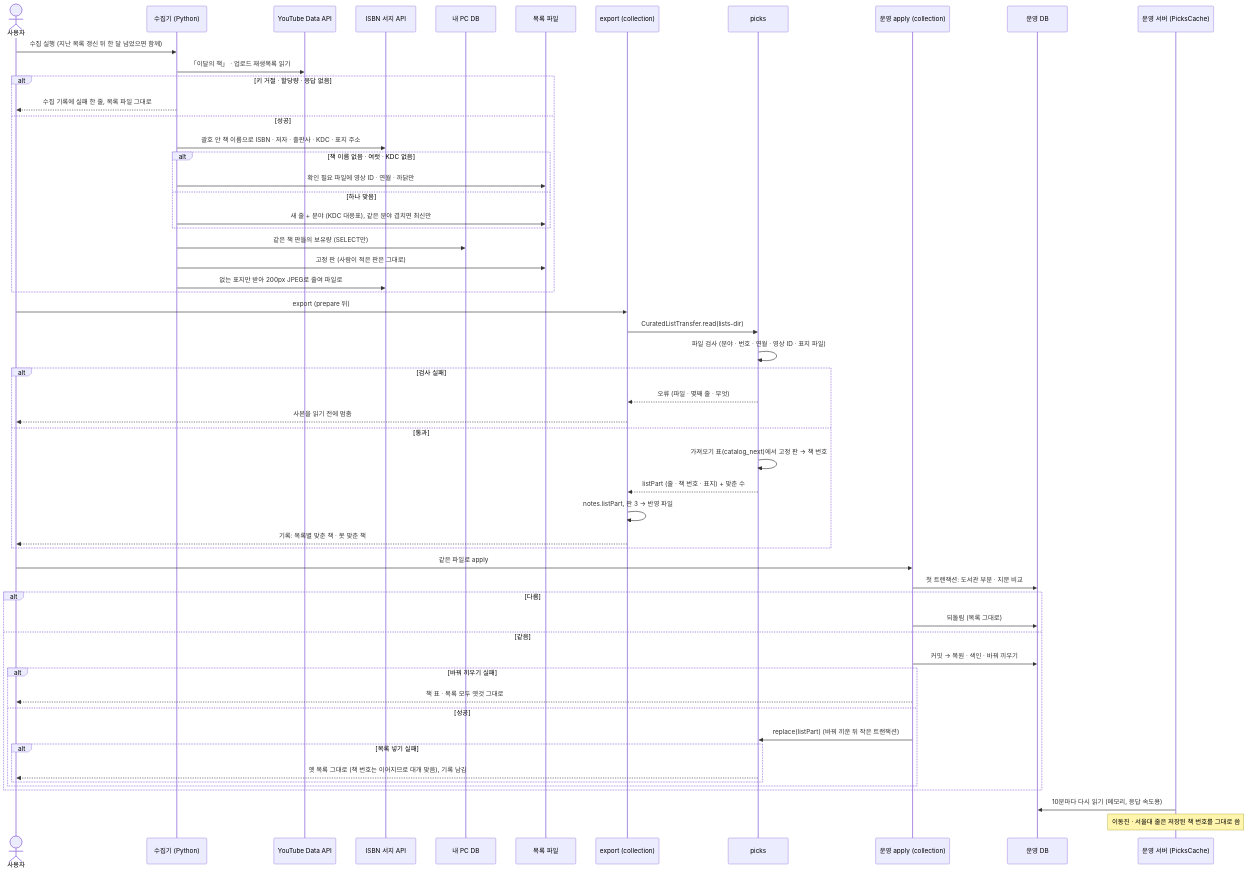
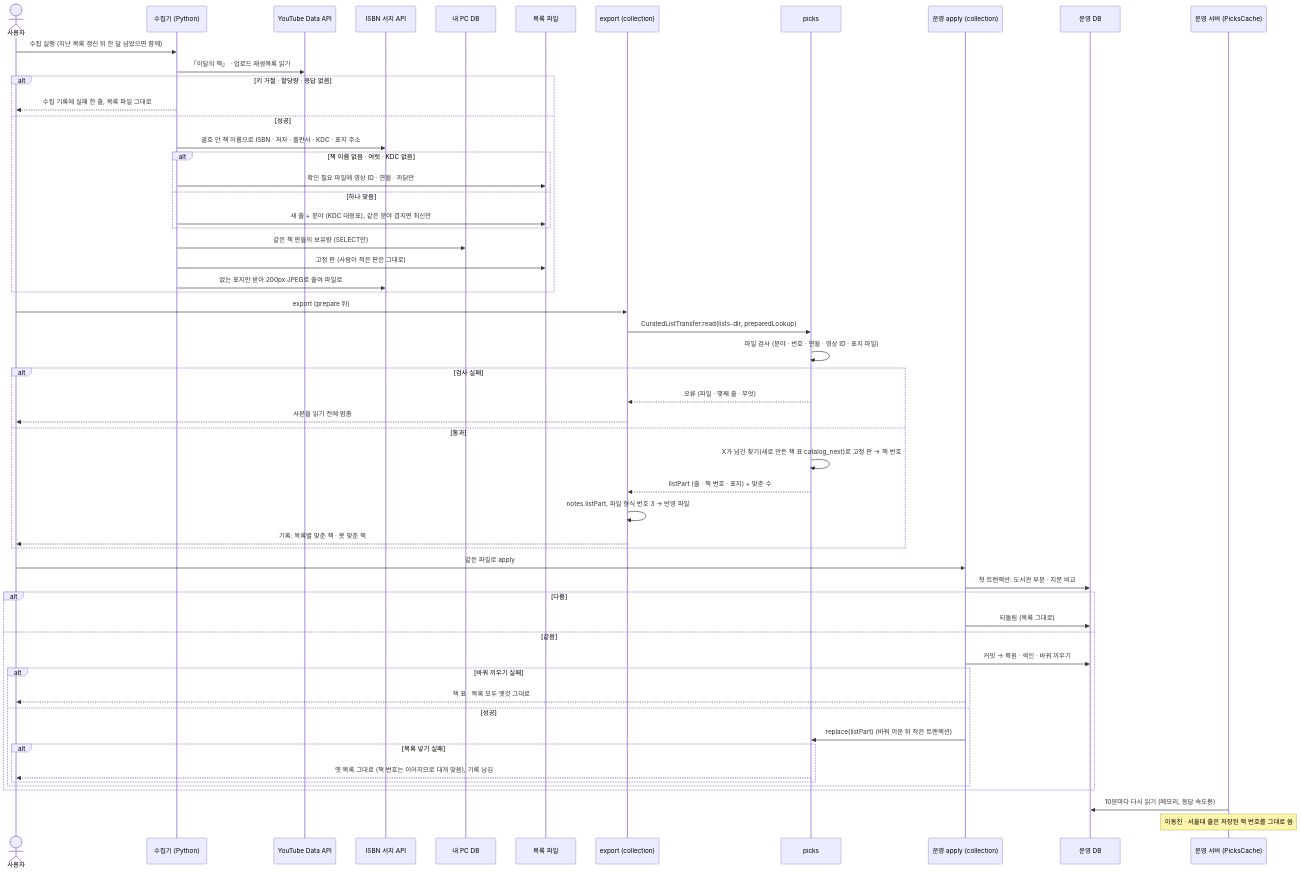
Before and after one commit to hodu-sketch/chaekcheck-plan: the second of 7 diagrams in docs/cycles/21-recommended-books/design-delta.md, drawn with Mermaid. The commit also changed other lines of this file, not shown here.

Commit message:
cycle 21: review 3 #1 (catalog title/publisher fields, lookup passed in, migration order, first list files) and #2 (format number mismatch rejected, missing lists folder stops export)

````diff
--- a/docs/cycles/21-recommended-books/design-delta.md
+++ b/docs/cycles/21-recommended-books/design-delta.md
@@ -57,58 +58,58 @@
 ```mermaid
 sequenceDiagram
   actor U as 사용자
   participant C as 수집기 (Python)
   participant YT as YouTube Data API
   participant NI as ISBN 서지 API
   participant PDB as 내 PC DB
   participant F as 목록 파일
   participant X as export (collection)
   participant PK as picks
   participant O as 운영 apply (collection)
   participant ODB as 운영 DB
   participant S as 운영 서버 (PicksCache)
   U->>C: 수집 실행 (지난 목록 갱신 뒤 한 달 넘었으면 함께)
   C->>YT: 「이달의 책」 · 업로드 재생목록 읽기
   alt 키 거절 · 할당량 · 응답 없음
     C-->>U: 수집 기록에 실패 한 줄, 목록 파일 그대로
   else 성공
     C->>NI: 괄호 안 책 이름으로 ISBN · 저자 · 출판사 · KDC · 표지 주소
     alt 책 이름 없음 · 여럿 · KDC 없음
       C->>F: 확인 필요 파일에 영상 ID · 연월 · 까닭만
     else 하나 맞음
       C->>F: 새 줄 + 분야 (KDC 대응표), 같은 분야 겹치면 최신만
     end
     C->>PDB: 같은 책 판들의 보유량 (SELECT만)
     C->>F: 고정 판 (사람이 적은 판은 그대로)
     C->>NI: 없는 표지만 받아 200px JPEG로 줄여 파일로
   end
   U->>X: export (prepare 뒤)
-  X->>PK: CuratedListTransfer.read(lists-dir)
+  X->>PK: CuratedListTransfer.read(lists-dir, preparedLookup)
   PK->>PK: 파일 검사 (분야 · 번호 · 연월 · 영상 ID · 표지 파일)
   alt 검사 실패
     PK-->>X: 오류 (파일 · 몇째 줄 · 무엇)
     X-->>U: 사본을 읽기 전에 멈춤
   else 통과
-    PK->>PK: 가져오기 표(catalog_next)에서 고정 판 → 책 번호
+    PK->>PK: X가 넘긴 찾기(새로 만든 책 표 catalog_next)로 고정 판 → 책 번호
     PK-->>X: listPart (줄 · 책 번호 · 표지) + 맞춘 수
-    X->>X: notes.listPart, 판 3 → 반영 파일
+    X->>X: notes.listPart, 파일 형식 번호 3 → 반영 파일
     X-->>U: 기록: 목록별 맞춘 책 · 못 맞춘 책
   end
   U->>O: 같은 파일로 apply
   O->>ODB: 첫 트랜잭션: 도서관 부분 · 지문 비교
   alt 다름
     O->>ODB: 되돌림 (목록 그대로)
   else 같음
     O->>ODB: 커밋 → 복원 · 색인 · 바꿔 끼우기
     alt 바꿔 끼우기 실패
       O-->>U: 책 표 · 목록 모두 옛것 그대로
     else 성공
       O->>PK: replace(listPart) (바꿔 끼운 뒤 작은 트랜잭션)
       alt 목록 넣기 실패
         PK-->>U: 옛 목록 그대로 (책 번호는 이어지므로 대개 맞음), 기록 남김
       end
     end
   end
   S->>ODB: 10분마다 다시 읽기 (메모리, 응답 속도용)
   Note over S: 이동진 · 서울대 줄은 저장된 책 번호를 그대로 씀
 ```
````
